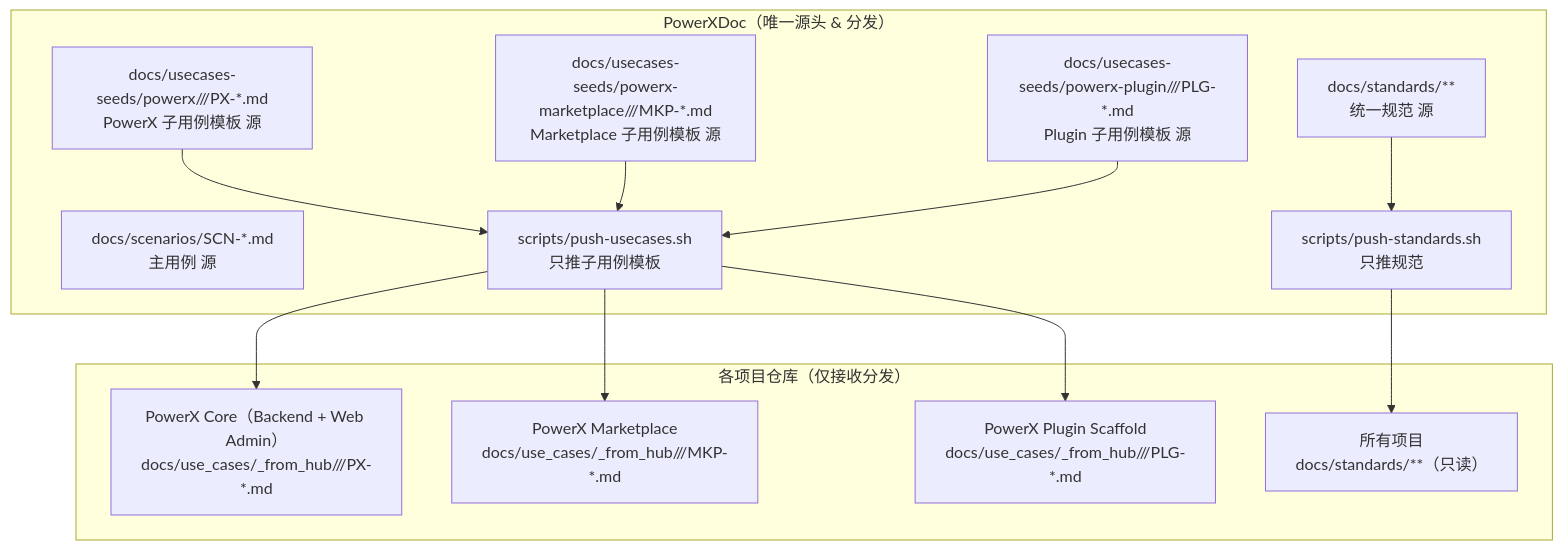
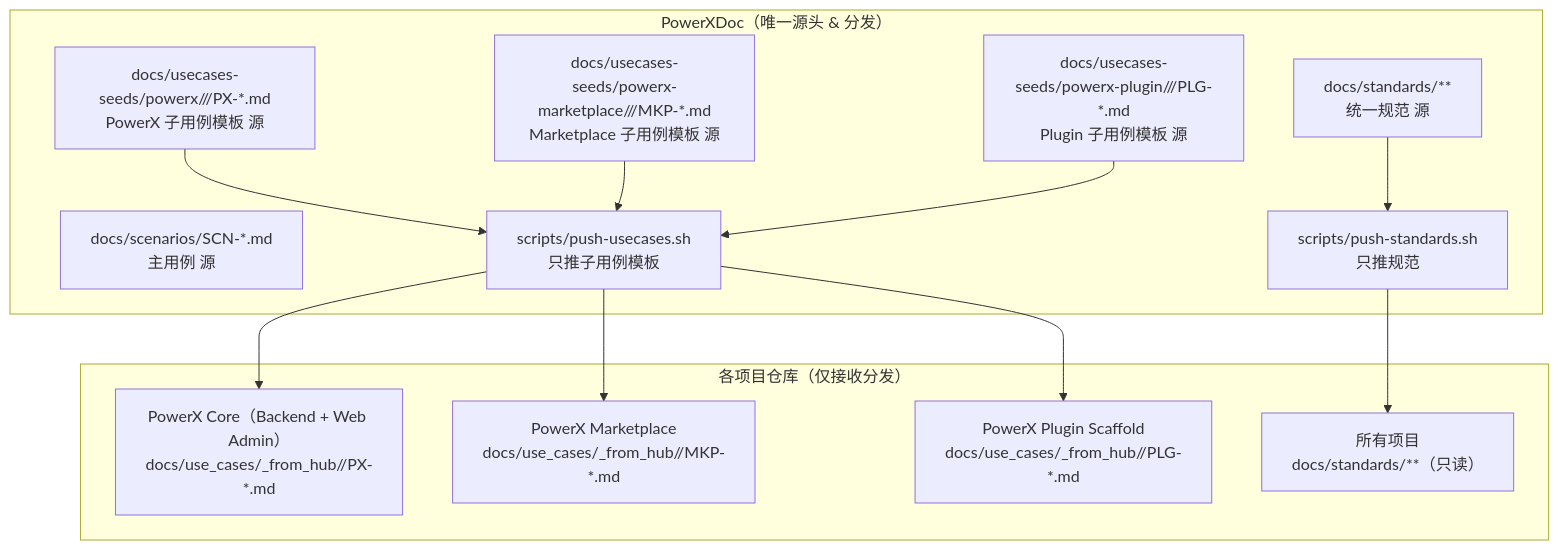
The first of 3 diagrams in docs/meta/cross-repo-documentation.md (ArtisanCloud/PowerXDoc), drawn with Mermaid before and after one commit. The commit also changed other lines of this file and 44 other files, not shown here.

````diff
--- a/docs/meta/cross-repo-documentation.md
+++ b/docs/meta/cross-repo-documentation.md
@@ -33,22 +33,22 @@
 ```mermaid
 flowchart TD
   subgraph Center["PowerXDoc（唯一源头 & 分发）"]
     S1["docs/scenarios/SCN-*.md<br/>主用例 源"]
     U1["docs/usecases-seeds/powerx/<layer>/<domain>/PX-*.md<br/>PowerX 子用例模板 源"]
     U2["docs/usecases-seeds/powerx-marketplace/<layer>/<domain>/MKP-*.md<br/>Marketplace 子用例模板 源"]
     U3["docs/usecases-seeds/powerx-plugin/<layer>/<domain>/PLG-*.md<br/>Plugin 子用例模板 源"]
     T1["docs/standards/**<br/>统一规范 源"]
     P1["scripts/push-usecases.sh<br/>只推子用例模板"]
     P2["scripts/push-standards.sh<br/>只推规范"]
   end
 
   subgraph Repos["各项目仓库（仅接收分发）"]
-    R1["PowerX Core（Backend + Web Admin）<br/>docs/use_cases/_from_hub/<layer>/<domain>/PX-*.md"]
-    R2["PowerX Marketplace<br/>docs/use_cases/_from_hub/<layer>/<domain>/MKP-*.md"]
-    R3["PowerX Plugin Scaffold<br/>docs/use_cases/_from_hub/<layer>/<domain>/PLG-*.md"]
+    R1["PowerX Core（Backend + Web Admin）<br/>docs/use_cases/_from_hub/<SCN_ID>/PX-*.md"]
+    R2["PowerX Marketplace<br/>docs/use_cases/_from_hub/<SCN_ID>/MKP-*.md"]
+    R3["PowerX Plugin Scaffold<br/>docs/use_cases/_from_hub/<SCN_ID>/PLG-*.md"]
     RS["所有项目<br/>docs/standards/**（只读）"]
   end
 
   U1 & U2 & U3 --> P1 --> R1 & R2 & R3
   T1 --> P2 --> RS
 ```
````
